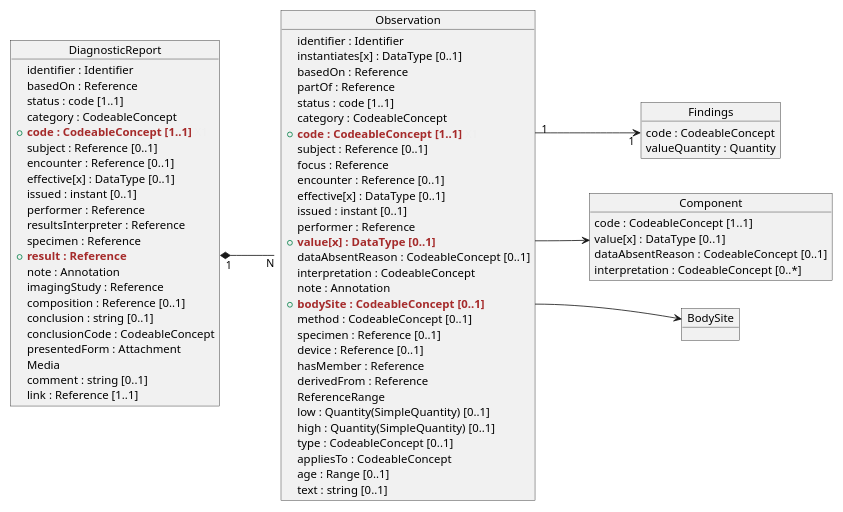
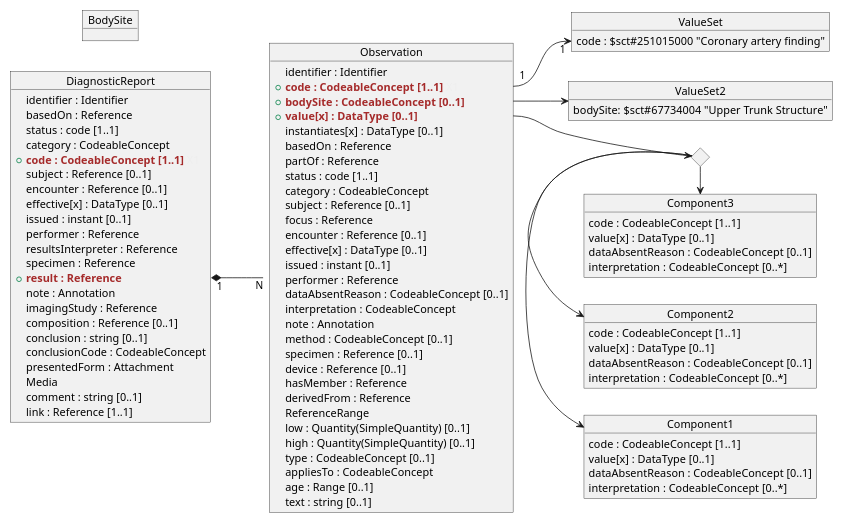
One commit to xmiao/AI.interoperability changed the diagram in images-source/doc.puml. Above: the diagram before and after it, drawn with PlantUML. The commit also changed 1 other file, not shown here.

```diff
--- a/images-source/doc.puml
+++ b/images-source/doc.puml
@@ -1,86 +1,108 @@
 @startuml PERT
 'https://plantuml.com/object-diagram
 
 scale 800 width
 left to right direction
 
 object DiagnosticReport {
     identifier : Identifier
     basedOn : Reference
     status : code [1..1]
     category : CodeableConcept
   + <b><color brown>code : CodeableConcept [1..1]</color></b> <color #eee>X1</color>
     subject : Reference [0..1]
     encounter : Reference [0..1]
     effective[x] : DataType [0..1]
     issued : instant [0..1]
     performer : Reference
     resultsInterpreter : Reference
     specimen : Reference
   + <b><color brown>result : Reference</color></b>
     note : Annotation
     imagingStudy : Reference
     composition : Reference [0..1]
     conclusion : string [0..1]
     conclusionCode : CodeableConcept
     presentedForm : Attachment
     Media
     comment : string [0..1]
     link : Reference [1..1]
 }
 
 object Observation{
     identifier : Identifier
+  +  <b><color brown>code : CodeableConcept [1..1]</color></b> <color #eee>X1</color>
+  +  <b><color brown>bodySite : CodeableConcept [0..1]</color></b>
+  +  <b><color brown>value[x] : DataType [0..1]</color></b>
     instantiates[x] : DataType [0..1]
     basedOn : Reference
     partOf : Reference
     status : code [1..1]
     category : CodeableConcept
-  +  <b><color brown>code : CodeableConcept [1..1]</color></b> <color #eee>X1</color>
     subject : Reference [0..1]
     focus : Reference
     encounter : Reference [0..1]
     effective[x] : DataType [0..1]
     issued : instant [0..1]
     performer : Reference
-  +  <b><color brown>value[x] : DataType [0..1]</color></b>
     dataAbsentReason : CodeableConcept [0..1]
     interpretation : CodeableConcept
     note : Annotation
-  +  <b><color brown>bodySite : CodeableConcept [0..1]</color></b>
     method : CodeableConcept [0..1]
     specimen : Reference [0..1]
     device : Reference [0..1]
     hasMember : Reference
     derivedFrom : Reference
     ReferenceRange
     low : Quantity(SimpleQuantity) [0..1]
     high : Quantity(SimpleQuantity) [0..1]
     type : CodeableConcept [0..1]
     appliesTo : CodeableConcept
     age : Range [0..1]
     text : string [0..1]
 }
 
 object BodySite {
 
 }
 
-object Component {
+object Component1 {
     code : CodeableConcept [1..1]
     value[x] : DataType [0..1]
     dataAbsentReason : CodeableConcept [0..1]
     interpretation : CodeableConcept [0..*]
 }
 
-object Findings {
-    code : CodeableConcept
-    valueQuantity : Quantity
+object Component2 {
+    code : CodeableConcept [1..1]
+    value[x] : DataType [0..1]
+    dataAbsentReason : CodeableConcept [0..1]
+    interpretation : CodeableConcept [0..*]
+}
+
+object Component3 {
+    code : CodeableConcept [1..1]
+    value[x] : DataType [0..1]
+    dataAbsentReason : CodeableConcept [0..1]
+    interpretation : CodeableConcept [0..*]
+}
+
+object ValueSet {
+    code : $sct#251015000 "Coronary artery finding"
+}
+
+<> d1
+
+object ValueSet2{
+    bodySite: $sct#67734004 "Upper Trunk Structure"
 }
 
 DiagnosticReport::result "1" *-- "N" Observation
-Observation::X1 "1" --> "1" Findings::code
-Observation::bodySite --> BodySite
-Observation::value --> Component
+Observation::X1 "1" --> "1" ValueSet::code
+Observation::bodySite --> ValueSet2
+Observation::value --> d1
+d1 -> Component1
+d1 -> Component2
+d1 -> Component3
 
 @enduml
```
